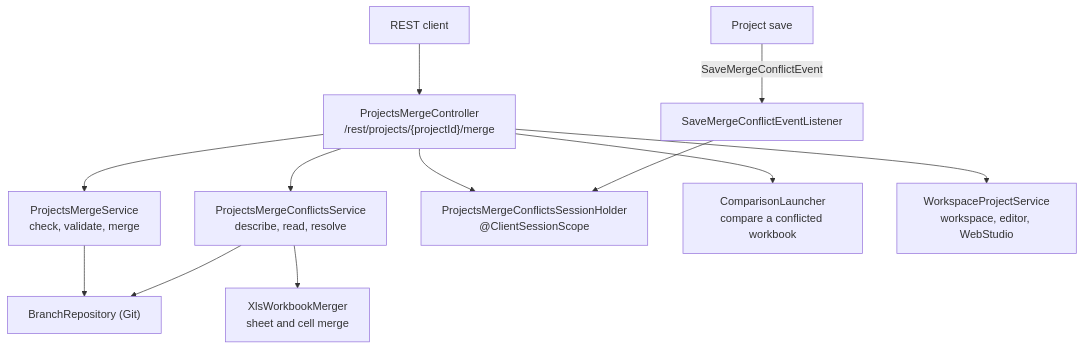
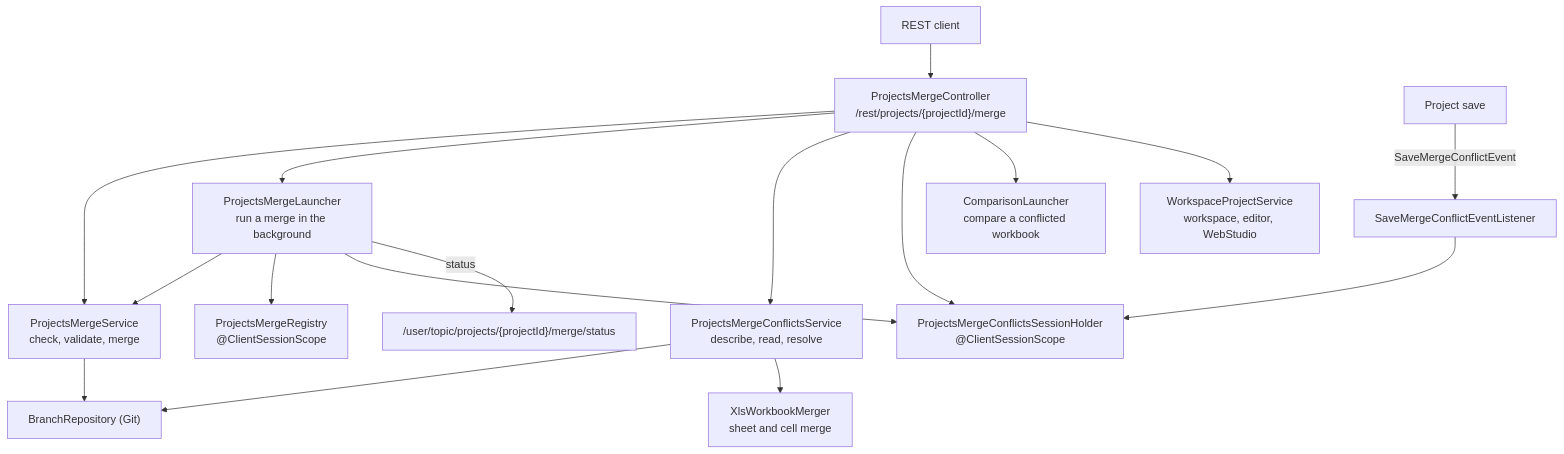
Before and after one commit to openl-tablets/openl-tablets: the first of 2 diagrams in Docs/api/projects-merge-architecture.md, drawn with Mermaid. The commit also changed other lines of this file and 147 other files, not shown here.

Commit message:
EPBDS-16469 Run a branch merge in the background so a proxy no longer cuts off a long Sync

````diff
--- a/Docs/api/projects-merge-architecture.md
+++ b/Docs/api/projects-merge-architecture.md
@@ -12,14 +12,19 @@
 ```mermaid
 flowchart TB
     Client["REST client"] --> Ctrl["ProjectsMergeController<br/>/rest/projects/{projectId}/merge"]
     Ctrl --> MS["ProjectsMergeService<br/>check, validate, merge"]
+    Ctrl --> ML["ProjectsMergeLauncher<br/>run a merge in the background"]
+    ML --> MS
+    ML --> MR["ProjectsMergeRegistry<br/>@ClientSessionScope"]
+    ML --> SH
+    ML -- status --> Topic["/user/topic/projects/{projectId}/merge/status"]
     Ctrl --> CS["ProjectsMergeConflictsService<br/>describe, read, resolve"]
     Ctrl --> SH["ProjectsMergeConflictsSessionHolder<br/>@ClientSessionScope"]
     Ctrl --> CL["ComparisonLauncher<br/>compare a conflicted workbook"]
     Ctrl --> WS["WorkspaceProjectService<br/>workspace, editor, WebStudio"]
     MS --> Git["BranchRepository (Git)"]
     CS --> Git
     CS --> XM["XlsWorkbookMerger<br/>sheet and cell merge"]
     Save["Project save"] -- SaveMergeConflictEvent --> Lst["SaveMergeConflictEventListener"]
     Lst --> SH
 ```
````
